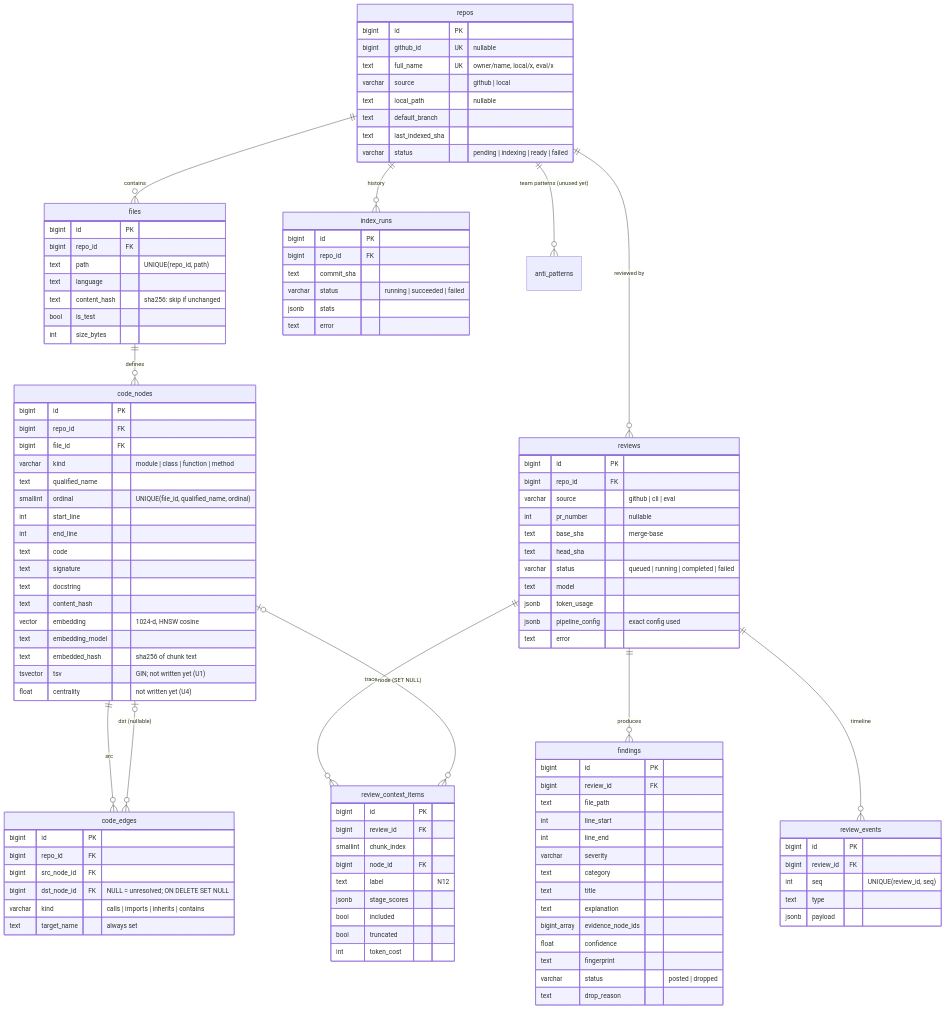
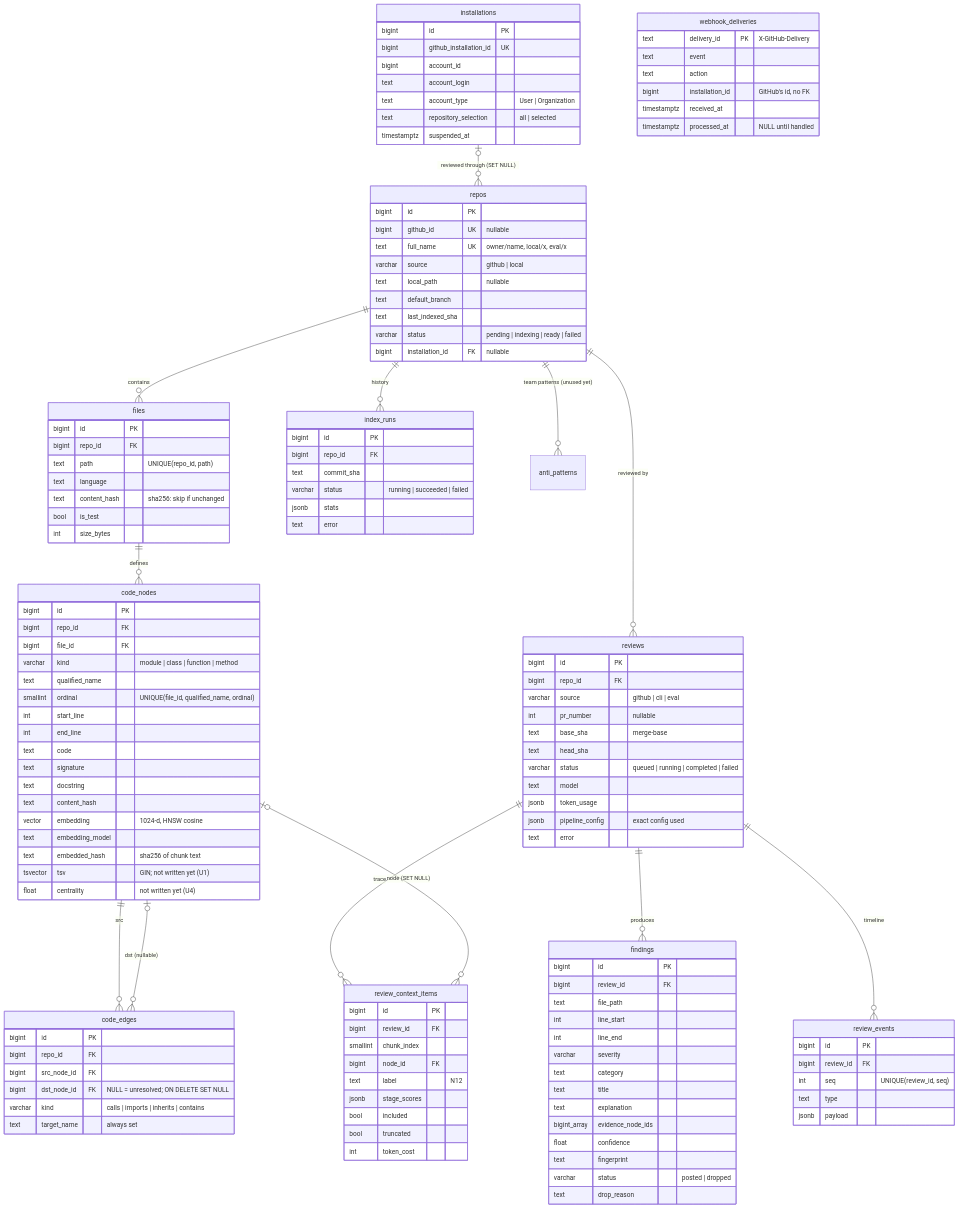
The third of 9 diagrams in architecture.md (RAIF-KARANI/codelens), drawn with Mermaid before and after one commit. The commit also changed other lines of this file and 25 other files, not shown here.

First line of the commit message:
feat(github): GitHub App credentials and a verified webhook endpoint (Phase 5 step 2) (#22)

```diff
--- a/architecture.md
+++ b/architecture.md
@@ -187,6 +193,7 @@
     repos ||--o{ index_runs : "history"
     repos ||--o{ reviews : "reviewed by"
     repos ||--o{ anti_patterns : "team patterns (unused yet)"
+    installations |o--o{ repos : "reviewed through (SET NULL)"
     files ||--o{ code_nodes : defines
     code_nodes ||--o{ code_edges : "src"
     code_nodes |o--o{ code_edges : "dst (nullable)"
@@ -204,6 +211,24 @@
         text default_branch
         text last_indexed_sha
         varchar status "pending | indexing | ready | failed"
+        bigint installation_id FK "nullable"
+    }
+    installations {
+        bigint id PK
+        bigint github_installation_id UK
+        bigint account_id
+        text account_login
+        text account_type "User | Organization"
+        text repository_selection "all | selected"
+        timestamptz suspended_at
+    }
+    webhook_deliveries {
+        text delivery_id PK "X-GitHub-Delivery"
+        text event
+        text action
+        bigint installation_id "GitHub's id, no FK"
+        timestamptz received_at
+        timestamptz processed_at "NULL until handled"
     }
     files {
         bigint id PK
```
